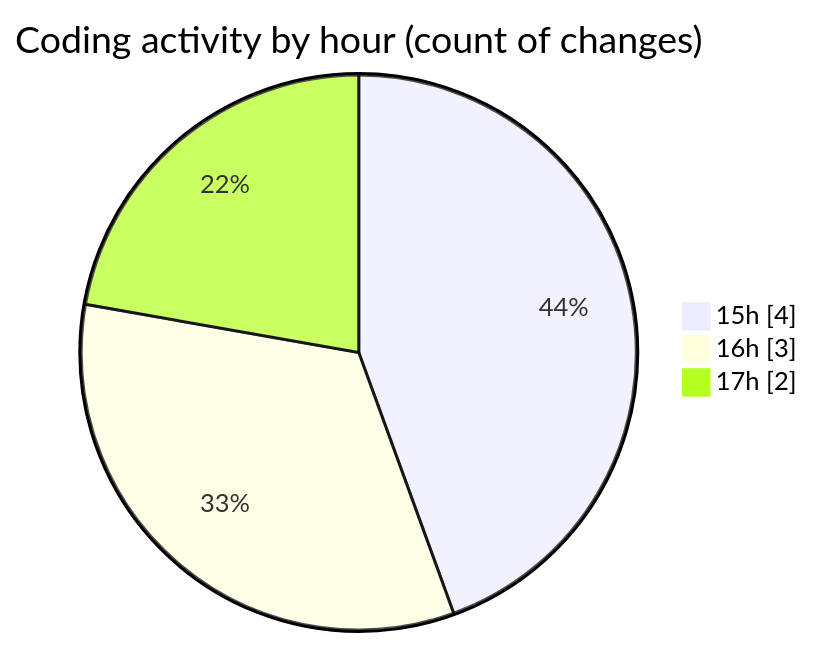
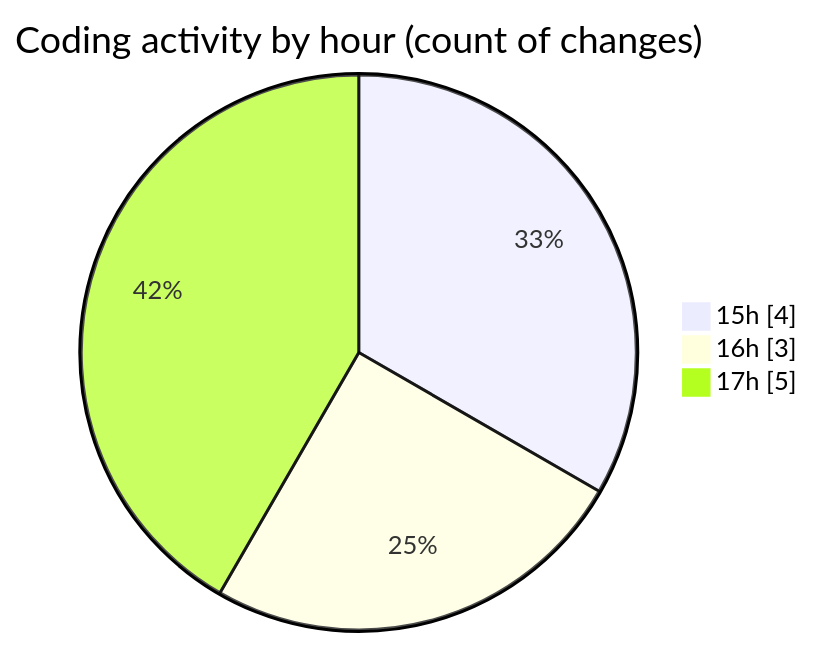
The second of 2 diagrams in 2025-11-17/nxtqube_webapp/README.md (nxtqubesakshisongat/code-tracking), drawn with Mermaid before and after one commit. The commit also changed other lines of this file and 1 other file, not shown here.

````diff
--- a/2025-11-17/nxtqube_webapp/README.md
+++ b/2025-11-17/nxtqube_webapp/README.md
@@ -28,7 +28,7 @@
 ```mermaid
 pie showData
 title Coding activity by hour (count of changes)
 "15h" : 4
 "16h" : 3
-"17h" : 2
+"17h" : 5
 ```
````
